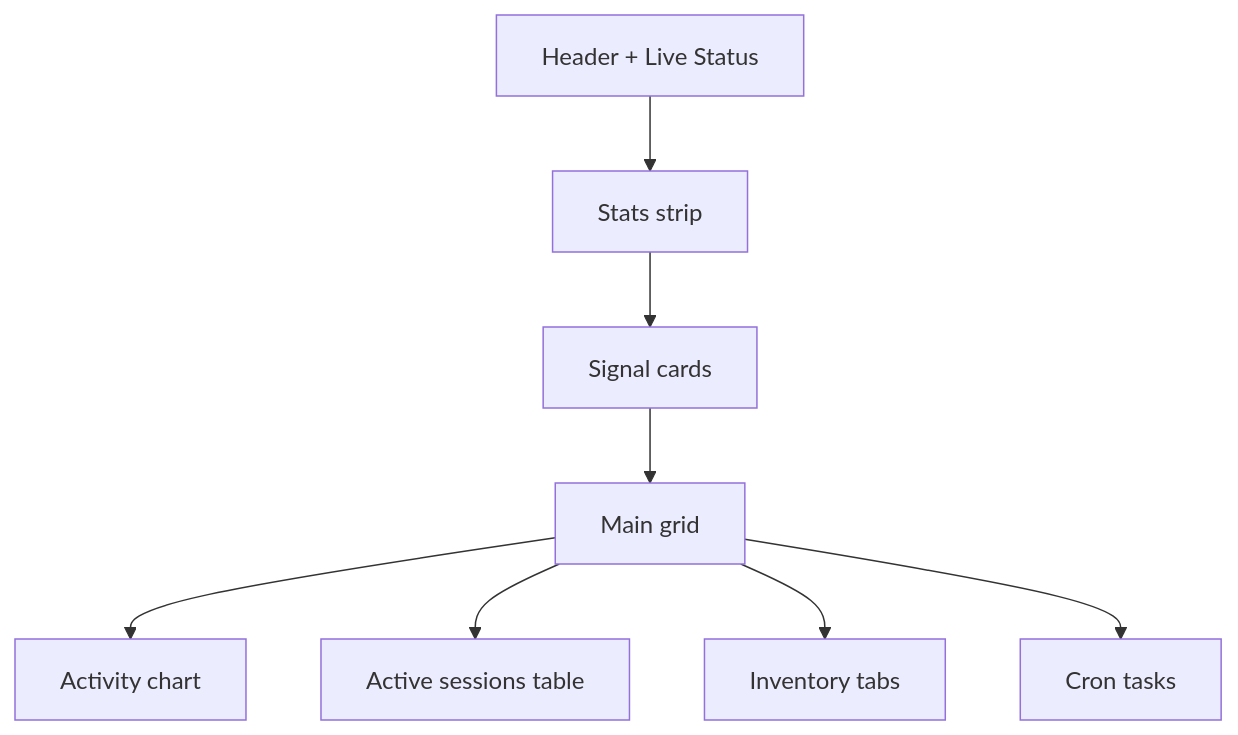
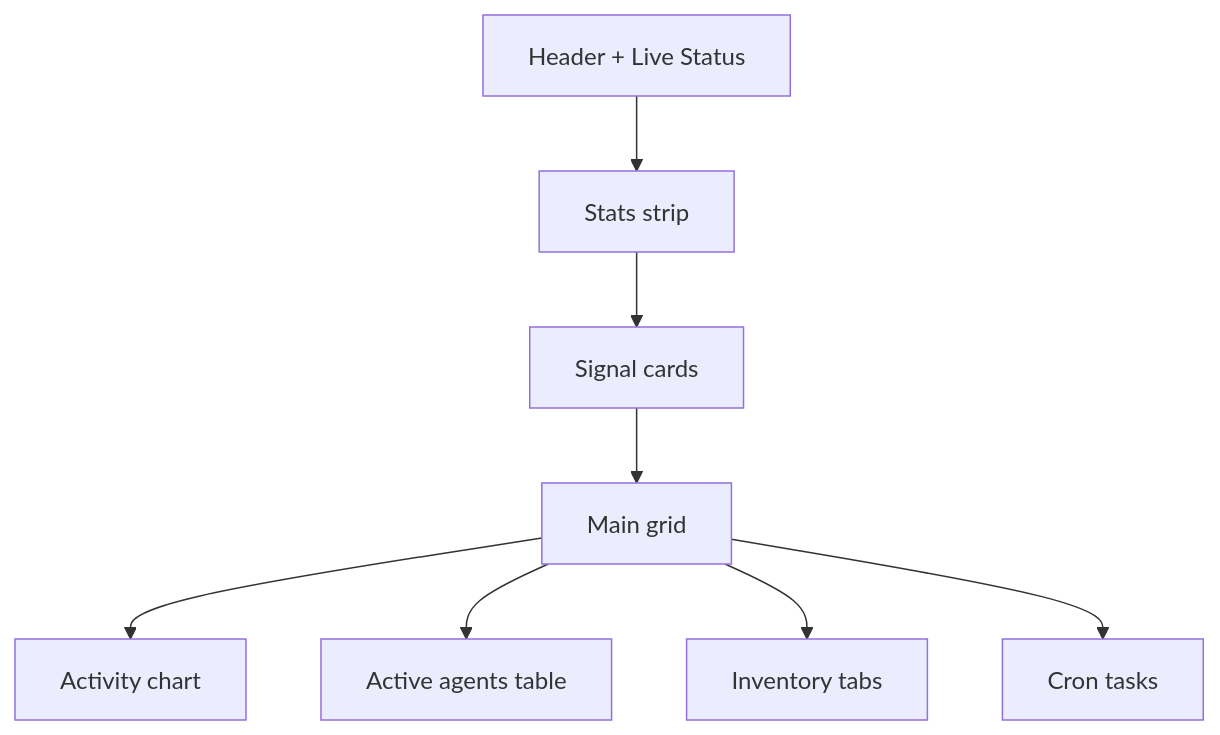
The sixth of 8 diagrams in docs/dashboard.md (ex3ndr/claybot), drawn with Mermaid before and after one commit. The commit also changed other lines of this file and 138 other files, not shown here.

````diff
--- a/docs/dashboard.md
+++ b/docs/dashboard.md
@@ -66,10 +77,10 @@
 ```mermaid
 flowchart TD
   Header[Header + Live Status] --> Stats[Stats strip]
   Stats --> Signals[Signal cards]
   Signals --> MainGrid[Main grid]
   MainGrid --> Activity[Activity chart]
-  MainGrid --> Sessions[Active sessions table]
+  MainGrid --> Agents[Active agents table]
   MainGrid --> Inventory[Inventory tabs]
   MainGrid --> Cron[Cron tasks]
 ```
````
